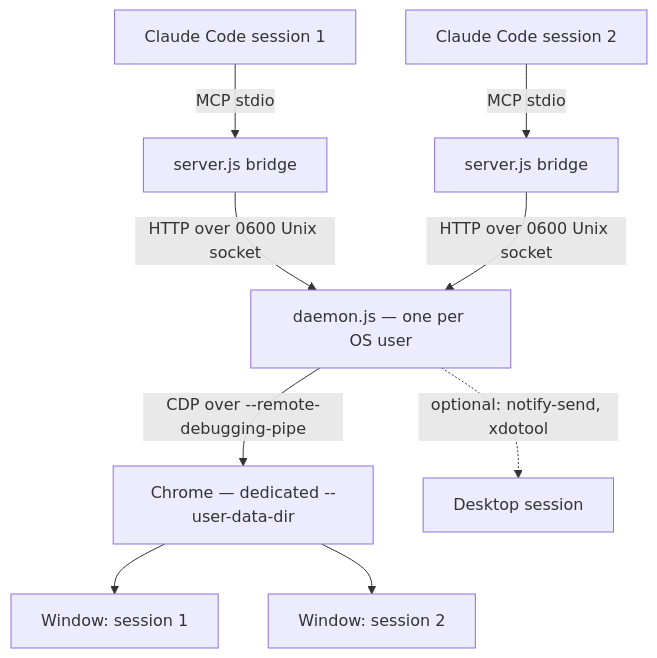
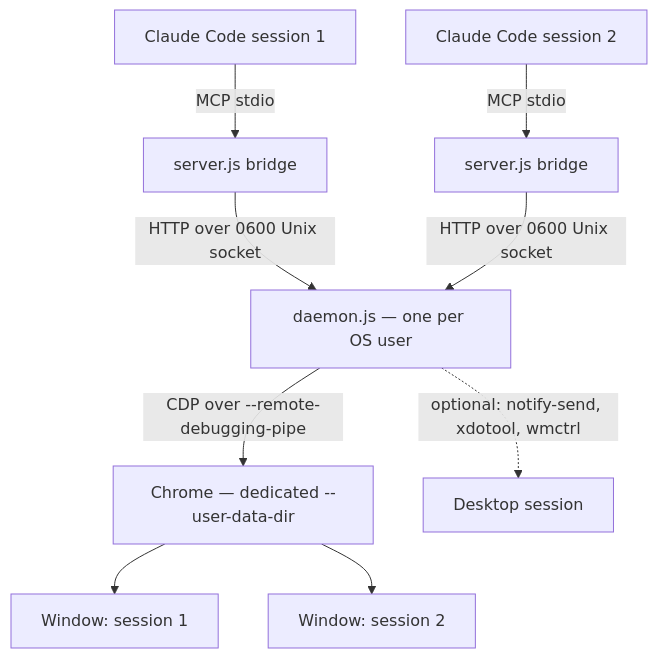
The diagram in docs/designs/browsing-overhaul/hld-browsing-overhaul.md (netta-dev/claudesurf), drawn with Mermaid before and after one commit. The commit also changed other lines of this file and 4 other files, not shown here.

````diff
--- a/docs/designs/browsing-overhaul/hld-browsing-overhaul.md
+++ b/docs/designs/browsing-overhaul/hld-browsing-overhaul.md
@@ -128,11 +128,11 @@
 ```mermaid
 flowchart TD
   CC1["Claude Code session 1"] -->|MCP stdio| S1["server.js bridge"]
   CC2["Claude Code session 2"] -->|MCP stdio| S2["server.js bridge"]
   S1 -->|"HTTP over 0600 Unix socket"| D["daemon.js — one per OS user"]
   S2 -->|"HTTP over 0600 Unix socket"| D
   D -->|"CDP over --remote-debugging-pipe"| B["Chrome — dedicated --user-data-dir"]
-  D -.->|"optional: notify-send, xdotool"| DESK["Desktop session"]
+  D -.->|"optional: notify-send, xdotool, wmctrl"| DESK["Desktop session"]
   B --> W1["Window: session 1"]
   B --> W2["Window: session 2"]
 ```
````
